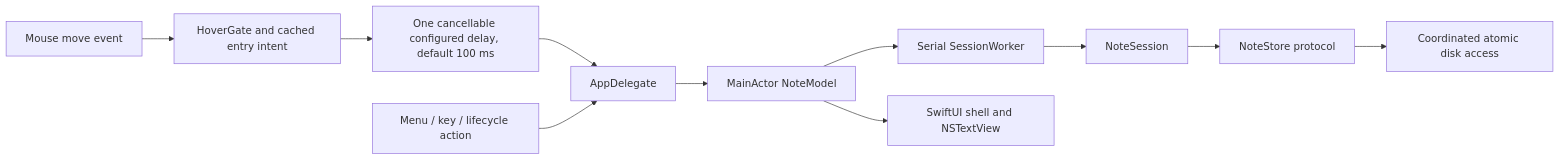
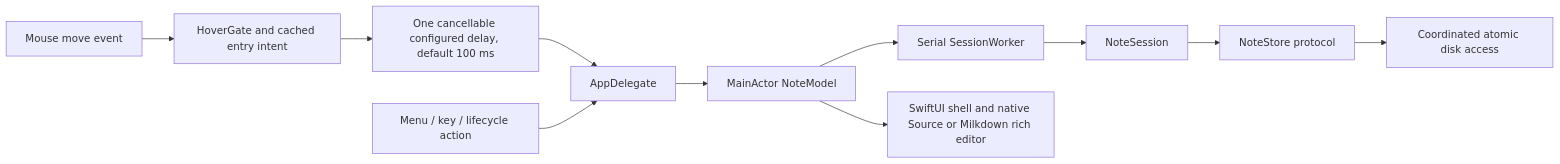
The first of 2 diagrams in Docs/ARCHITECTURE.md (yihehe/scribbit), drawn with Mermaid before and after one commit. The commit also changed other lines of this file and 42 other files, not shown here.

First line of the commit message:
Add rich Markdown editing with Milkdown (#14)

````diff
--- a/Docs/ARCHITECTURE.md
+++ b/Docs/ARCHITECTURE.md
@@ -18,13 +19,13 @@
 ```mermaid
 flowchart LR
     Mouse[Mouse move event] --> Gate[HoverGate and cached entry intent]
     Gate --> Dwell[One cancellable configured delay, default 100 ms]
     Dwell --> App[AppDelegate]
     Menu[Menu / key / lifecycle action] --> App
     App --> Model[MainActor NoteModel]
     Model --> Worker[Serial SessionWorker]
     Worker --> Session[NoteSession]
     Session --> Store[NoteStore protocol]
     Store --> Disk[Coordinated atomic disk access]
-    Model --> View[SwiftUI shell and NSTextView]
+    Model --> View[SwiftUI shell and native Source or Milkdown rich editor]
 ```
````
